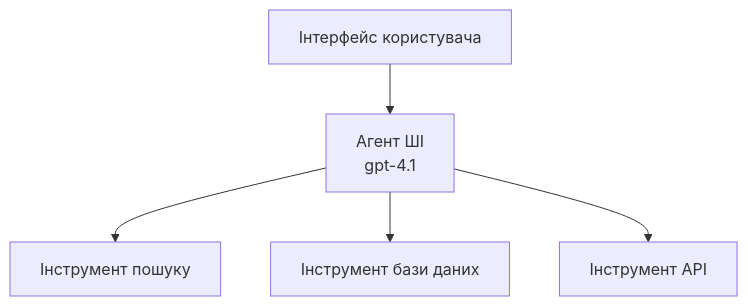
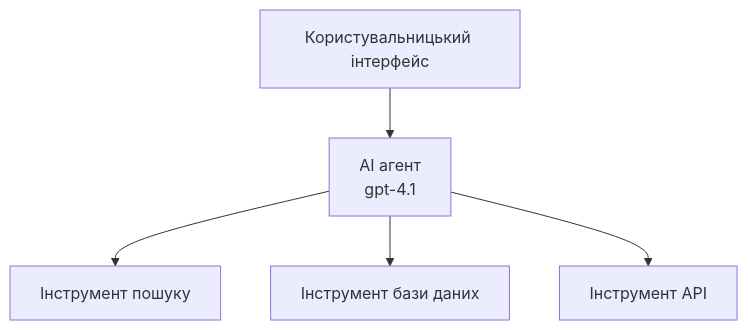
Before and after one commit to microsoft/AZD-for-beginners: the first of 3 diagrams in translations/uk/docs/chapter-02-ai-development/agents.md, drawn with Mermaid. The commit also changed other lines of this file and 59 other files, not shown here.

````diff
--- a/translations/uk/docs/chapter-02-ai-development/agents.md
+++ b/translations/uk/docs/chapter-02-ai-development/agents.md
@@ -162,7 +162,7 @@
 ```mermaid
 graph TD
-    UI[Інтерфейс користувача] --> Agent[Агент ШІ<br/>gpt-4.1]
+    UI[Користувальницький інтерфейс] --> Agent[AI агент<br/>gpt-4.1]
     Agent --> Search[Інструмент пошуку]
     Agent --> Database[Інструмент бази даних]
     Agent --> API[Інструмент API]
 ```
````
